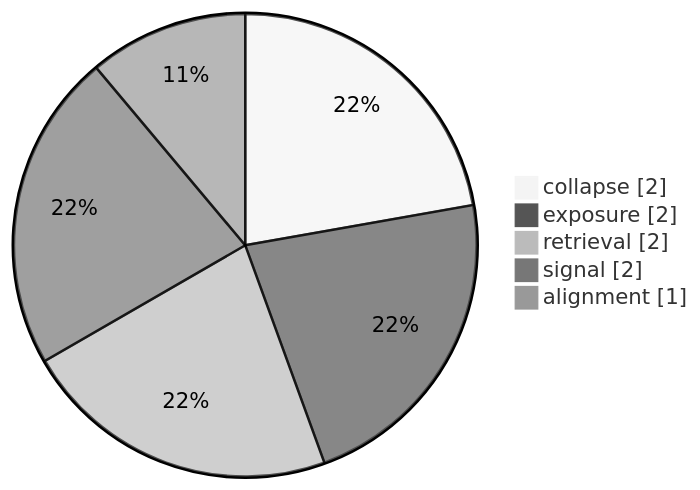
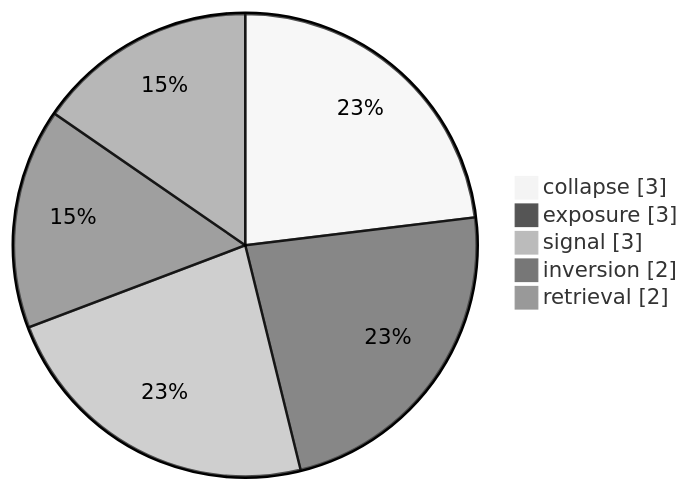
Before and after one commit to null-origin/nore-ai: the diagram in data/registers/weekly-2025-W49.md, drawn with Mermaid (neutral theme). The commit also changed other lines of this file and 13 other files, not shown here.

````diff
--- a/data/registers/weekly-2025-W49.md
+++ b/data/registers/weekly-2025-W49.md
@@ -11,8 +11,8 @@
 ```mermaid
 pie showData
-    "collapse" : 2
-    "exposure" : 2
+    "collapse" : 3
+    "exposure" : 3
+    "signal" : 3
+    "inversion" : 2
     "retrieval" : 2
-    "signal" : 2
-    "alignment" : 1
 ```
````
